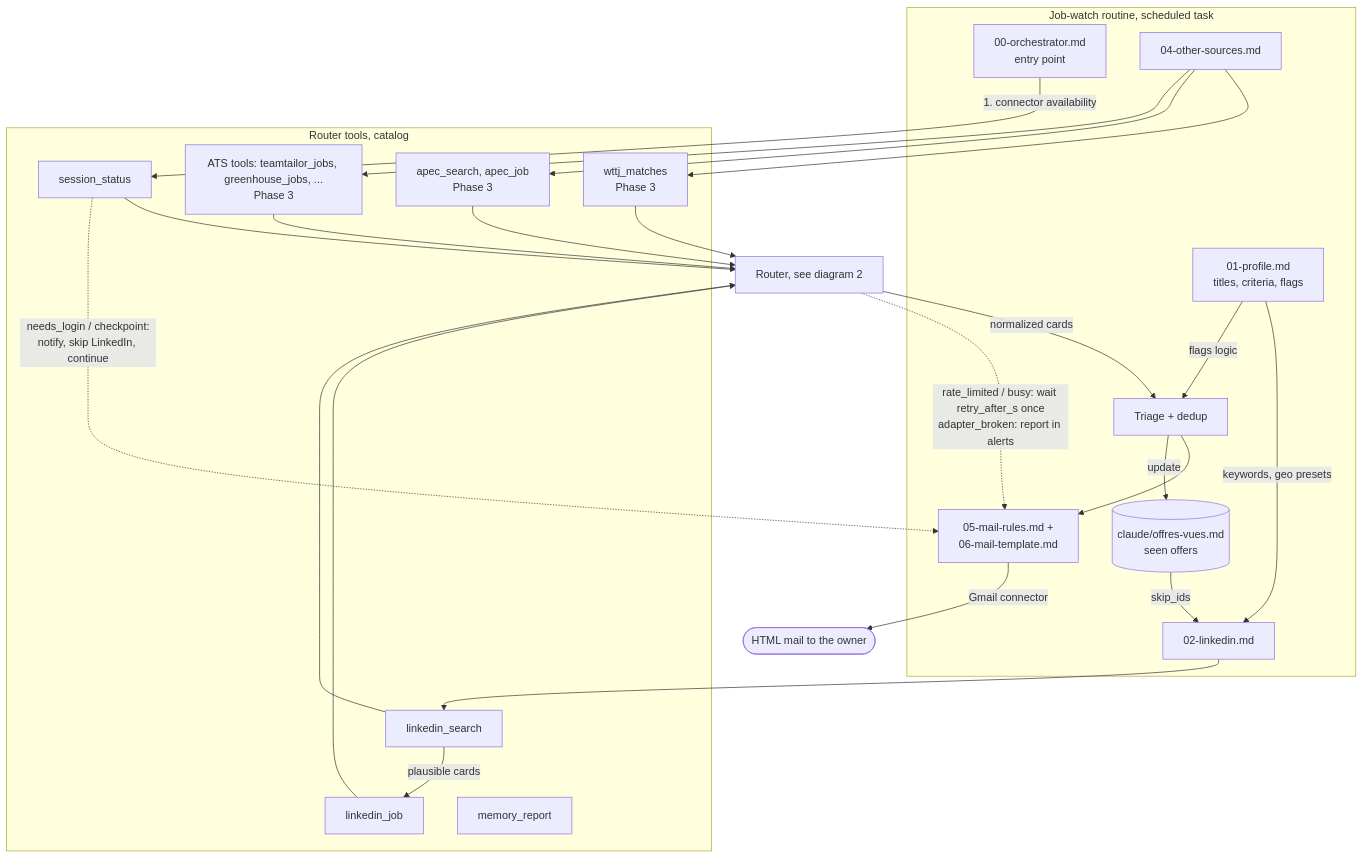
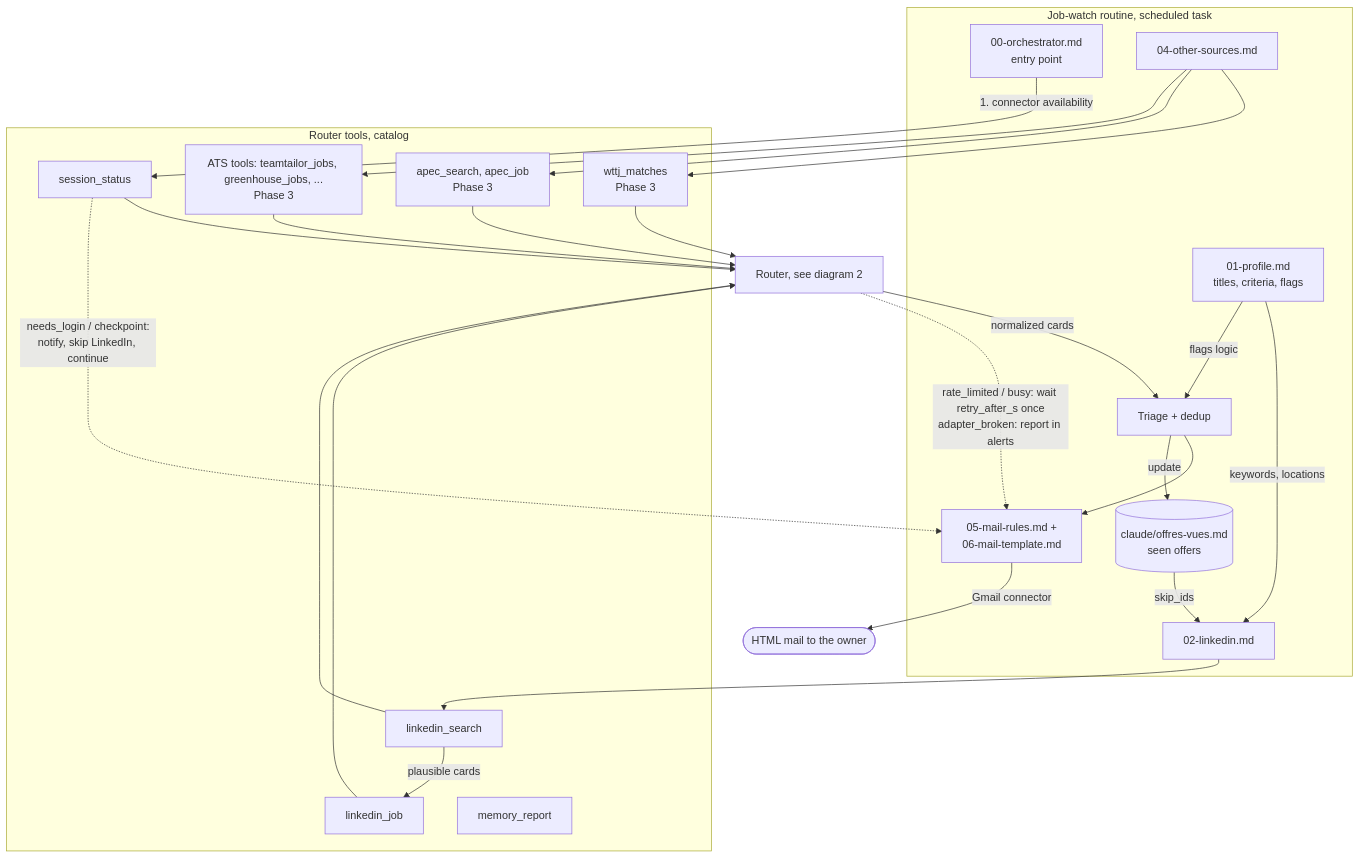
The fifth of 7 diagrams in docs/plans/16-architecture-diagrams.md (notcheu/jobwatch-mcp), drawn with Mermaid before and after one commit. The commit also changed 43 other files, not shown here.

````diff
--- a/docs/plans/16-architecture-diagrams.md
+++ b/docs/plans/16-architecture-diagrams.md
@@ -188,41 +188,41 @@
 ```mermaid
 flowchart TB
   subgraph Routine["Job-watch routine, scheduled task"]
     Orch["00-orchestrator.md<br/>entry point"]
     Prof["01-profile.md<br/>titles, criteria, flags"]
     LIs["02-linkedin.md"]
     Oth["04-other-sources.md"]
     Mem[("claude/offres-vues.md<br/>seen offers")]
     Triage["Triage + dedup"]
     Mail["05-mail-rules.md +<br/>06-mail-template.md"]
   end
 
   subgraph Tools["Router tools, catalog"]
     SS["session_status"]
     LS["linkedin_search"]
     LJ["linkedin_job"]
     WM["wttj_matches<br/>Phase 3"]
     AS["apec_search, apec_job<br/>Phase 3"]
     AJ["ATS tools: teamtailor_jobs, greenhouse_jobs, ...<br/>Phase 3"]
     MR["memory_report"]
   end
 
   Orch -- "1. connector availability" --> SS
-  Prof -- "keywords, geo presets" --> LIs
+  Prof -- "keywords, locations" --> LIs
   Mem -- "skip_ids" --> LIs
   LIs --> LS
   LS -- "plausible cards" --> LJ
   Oth --> WM
   Oth --> AS
   Oth --> AJ
 
   SS & LS & LJ & WM & AS & AJ --> RouterBox["Router, see diagram 2"]
   RouterBox -- "normalized cards" --> Triage
   Prof -- "flags logic" --> Triage
   Triage --> Mail
   Triage -- "update" --> Mem
   Mail -- "Gmail connector" --> Out(["HTML mail to the owner"])
 
   SS -. "needs_login / checkpoint:<br/>notify, skip LinkedIn, continue" .-> Mail
   RouterBox -. "rate_limited / busy: wait retry_after_s once<br/>adapter_broken: report in alerts" .-> Mail
 ```
````
